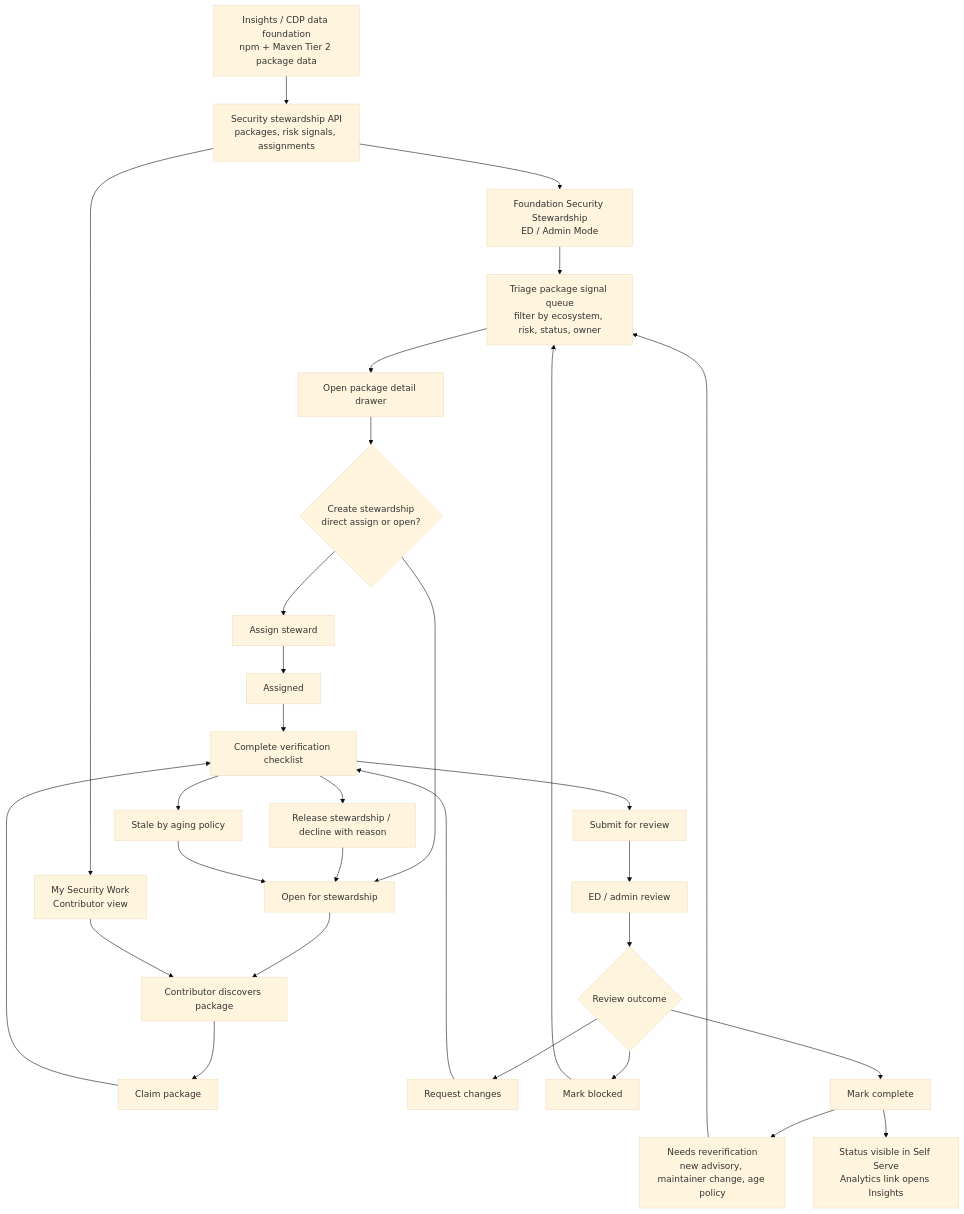
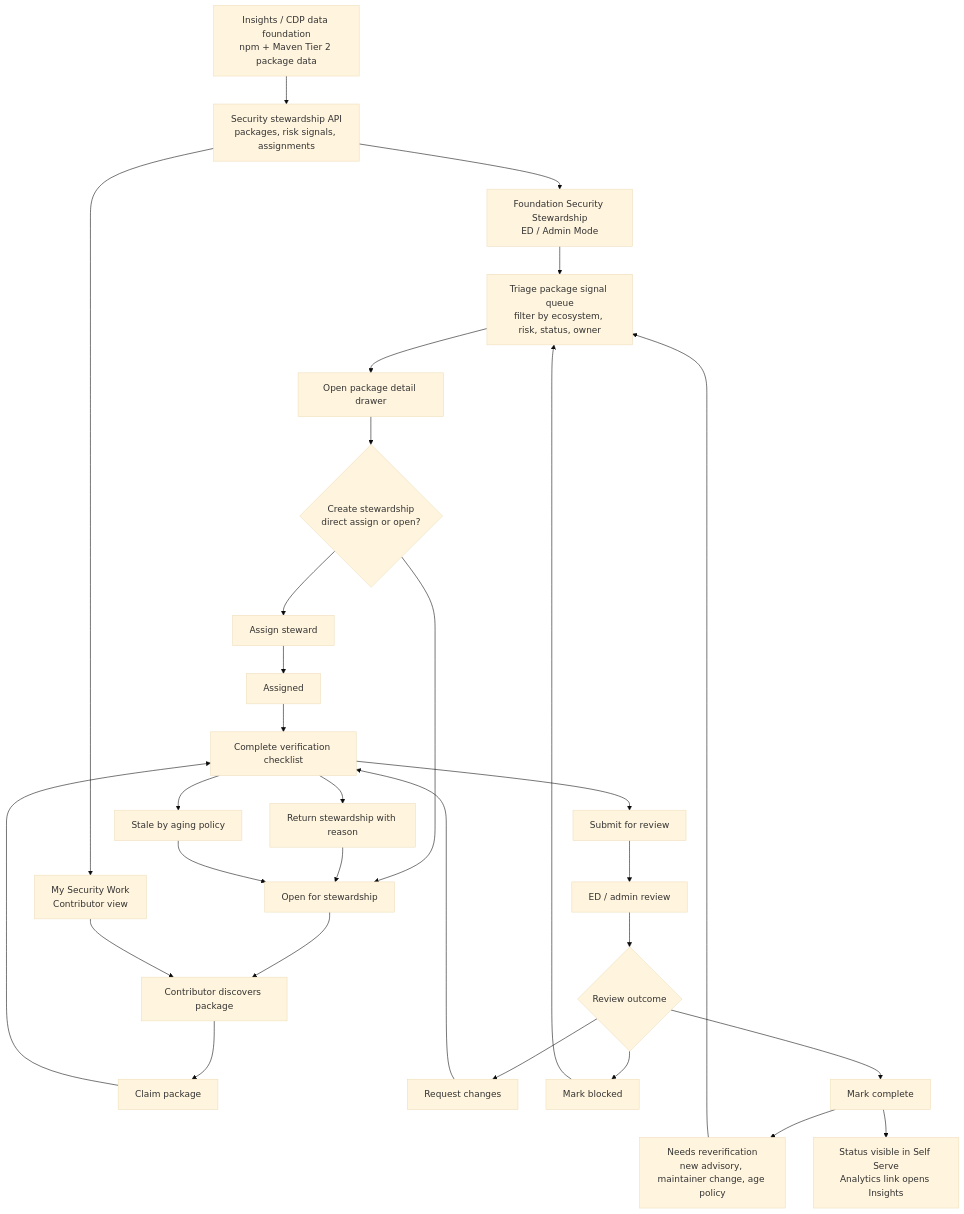
Before and after one commit to linuxfoundation/lfx-v2-ui: the first of 2 diagrams in docs/security-project-adoption.md, drawn with Mermaid (base theme). The commit also changed other lines of this file, not shown here.

Commit message:
docs(security): align stewardship review feedback

````diff
--- a/docs/security-project-adoption.md
+++ b/docs/security-project-adoption.md
@@ -35,36 +35,36 @@
 ```mermaid
 flowchart TD
   source["Insights / CDP data foundation<br/>npm + Maven Tier 2 package data"] --> sync["Security stewardship API<br/>packages, risk signals, assignments"]
   sync --> admin["Foundation Security Stewardship<br/>ED / Admin Mode"]
   sync --> me["My Security Work<br/>Contributor view"]
 
   admin --> triage["Triage package signal queue<br/>filter by ecosystem, risk, status, owner"]
   triage --> detail["Open package detail drawer"]
   detail --> assign{"Create stewardship<br/>direct assign or open?"}
   assign --> direct["Assign steward"]
   assign --> open["Open for stewardship"]
 
   direct --> assigned["Assigned"]
   open --> discover["Contributor discovers package"]
   me --> discover
   discover --> claim["Claim package"]
   claim --> checklist["Complete verification checklist"]
   checklist --> submit["Submit for review"]
 
   assigned --> checklist
   submit --> review["ED / admin review"]
   review --> changes{"Review outcome"}
   changes --> request["Request changes"]
   request --> checklist
   changes --> blocked["Mark blocked"]
   changes --> complete["Mark complete"]
 
-  checklist --> release["Release stewardship / decline with reason"]
-  release --> open
+  checklist --> return["Return stewardship with reason"]
+  return --> open
   checklist --> stale["Stale by aging policy"]
   stale --> open
   blocked --> triage
   complete --> reverify["Needs reverification<br/>new advisory, maintainer change, age policy"]
   reverify --> triage
   complete --> insights["Status visible in Self Serve<br/>Analytics link opens Insights"]
 ```
````
